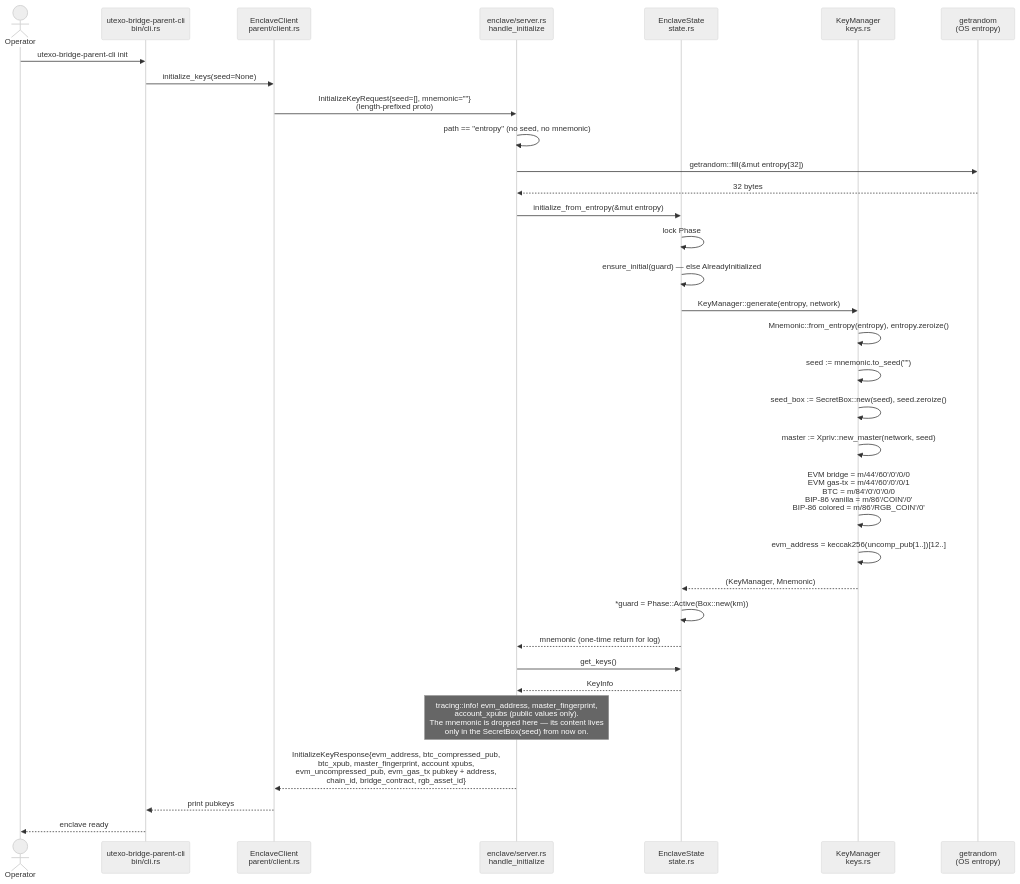
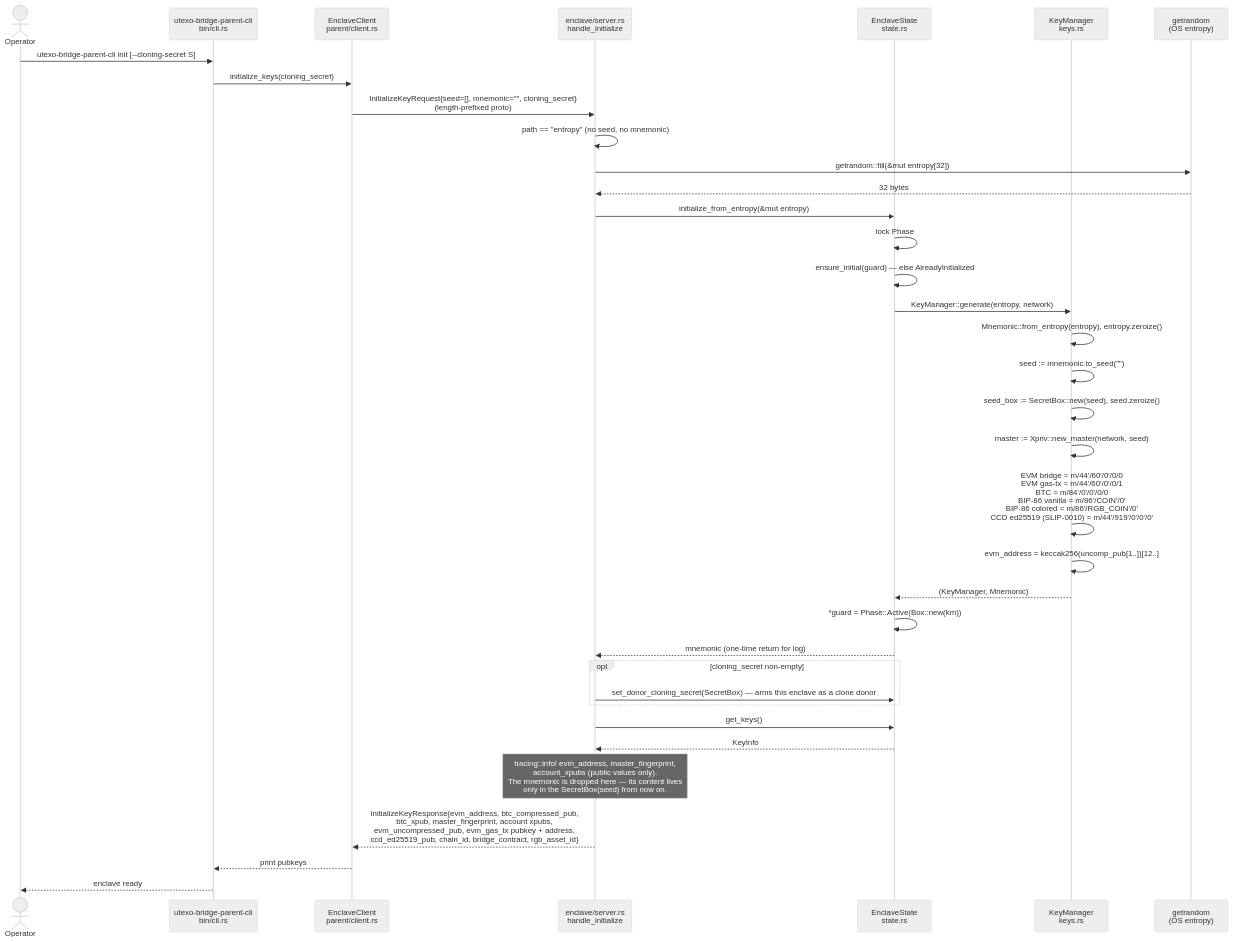
Before and after one commit to UTEXO-Protocol/enclave-signer: the diagram in docs/diagrams/07-seq-initialize-keys.md, drawn with Mermaid (neutral theme). The commit also changed 22 other files, not shown here.

````diff
--- a/docs/diagrams/07-seq-initialize-keys.md
+++ b/docs/diagrams/07-seq-initialize-keys.md
@@ -3,43 +3,46 @@
 ```mermaid
 sequenceDiagram
     actor Op as Operator
     participant Cli as utexo-bridge-parent-cli<br/>bin/cli.rs
     participant PClient as EnclaveClient<br/>parent/client.rs
     participant Srv as enclave/server.rs<br/>handle_initialize
     participant State as EnclaveState<br/>state.rs
     participant Km as KeyManager<br/>keys.rs
     participant Rand as getrandom<br/>(OS entropy)
 
-    Op->>Cli: utexo-bridge-parent-cli init
-    Cli->>PClient: initialize_keys(seed=None)
-    PClient->>Srv: InitializeKeyRequest{seed=[], mnemonic=""}<br/>(length-prefixed proto)
+    Op->>Cli: utexo-bridge-parent-cli init [--cloning-secret S]
+    Cli->>PClient: initialize_keys(cloning_secret)
+    PClient->>Srv: InitializeKeyRequest{seed=[], mnemonic="", cloning_secret}<br/>(length-prefixed proto)
 
     Srv->>Srv: path == "entropy" (no seed, no mnemonic)
     Srv->>Rand: getrandom::fill(&mut entropy[32])
     Rand-->>Srv: 32 bytes
     Srv->>State: initialize_from_entropy(&mut entropy)
 
     State->>State: lock Phase
     State->>State: ensure_initial(guard) — else AlreadyInitialized
     State->>Km: KeyManager::generate(entropy, network)
 
     Km->>Km: Mnemonic::from_entropy(entropy), entropy.zeroize()
     Km->>Km: seed := mnemonic.to_seed("")
     Km->>Km: seed_box := SecretBox::new(seed), seed.zeroize()
     Km->>Km: master := Xpriv::new_master(network, seed)
-    Km->>Km: EVM bridge = m/44'/60'/0'/0/0<br/>EVM gas-tx = m/44'/60'/0'/0/1<br/>BTC = m/84'/0'/0'/0/0<br/>BIP-86 vanilla = m/86'/COIN'/0'<br/>BIP-86 colored = m/86'/RGB_COIN'/0'
+    Km->>Km: EVM bridge = m/44'/60'/0'/0/0<br/>EVM gas-tx = m/44'/60'/0'/0/1<br/>BTC = m/84'/0'/0'/0/0<br/>BIP-86 vanilla = m/86'/COIN'/0'<br/>BIP-86 colored = m/86'/RGB_COIN'/0'<br/>CCD ed25519 (SLIP-0010) = m/44'/919'/0'/0'/0'
     Km->>Km: evm_address = keccak256(uncomp_pub[1..])[12..]
     Km-->>State: (KeyManager, Mnemonic)
 
     State->>State: *guard = Phase::Active(Box::new(km))
     State-->>Srv: mnemonic (one-time return for log)
+    opt cloning_secret non-empty
+        Srv->>State: set_donor_cloning_secret(SecretBox) — arms this enclave as a clone donor
+    end
 
     Srv->>State: get_keys()
     State-->>Srv: KeyInfo
 
     Note over Srv: tracing::info! evm_address, master_fingerprint,<br/>account_xpubs (public values only).<br/>The mnemonic is dropped here — its content lives<br/>only in the SecretBox(seed) from now on.
 
-    Srv-->>PClient: InitializeKeyResponse{evm_address, btc_compressed_pub,<br/>btc_xpub, master_fingerprint, account xpubs,<br/>evm_uncompressed_pub, evm_gas_tx pubkey + address,<br/>chain_id, bridge_contract, rgb_asset_id}
+    Srv-->>PClient: InitializeKeyResponse{evm_address, btc_compressed_pub,<br/>btc_xpub, master_fingerprint, account xpubs,<br/>evm_uncompressed_pub, evm_gas_tx pubkey + address,<br/>ccd_ed25519_pub, chain_id, bridge_contract, rgb_asset_id}
     PClient-->>Cli: print pubkeys
     Cli-->>Op: enclave ready
 ```
````
